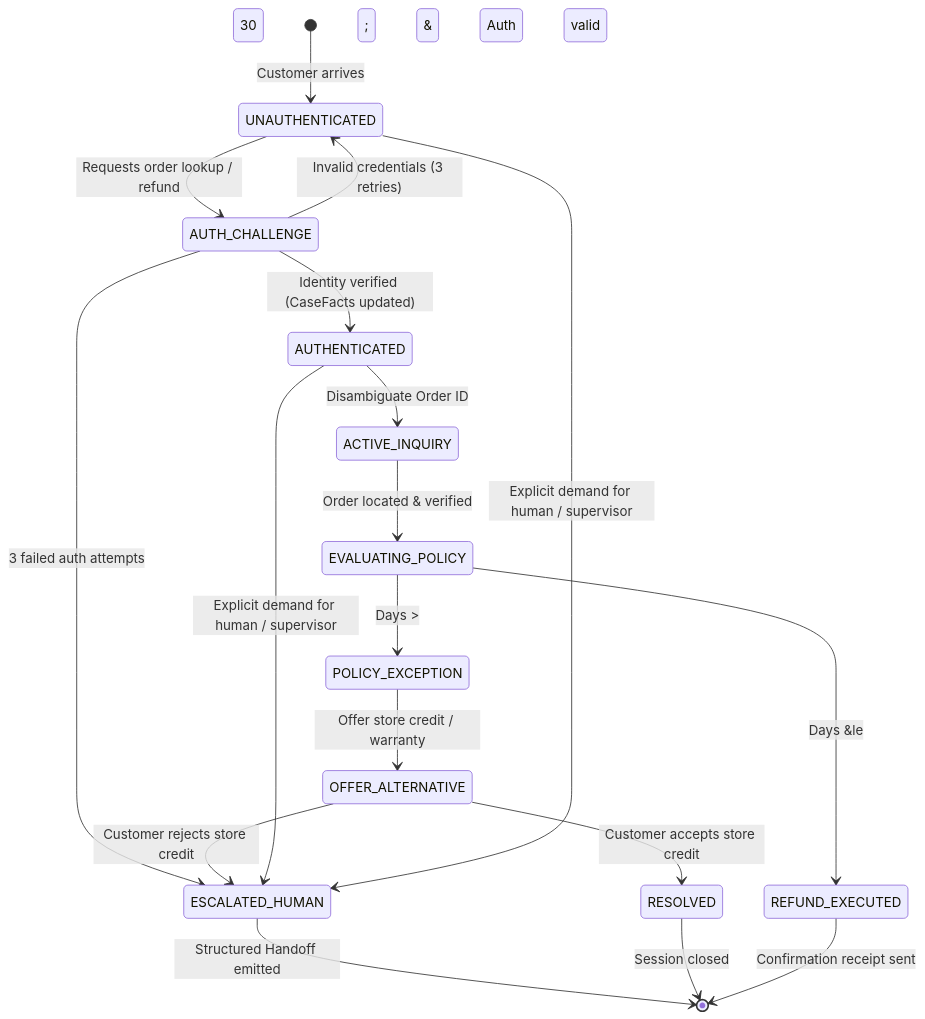
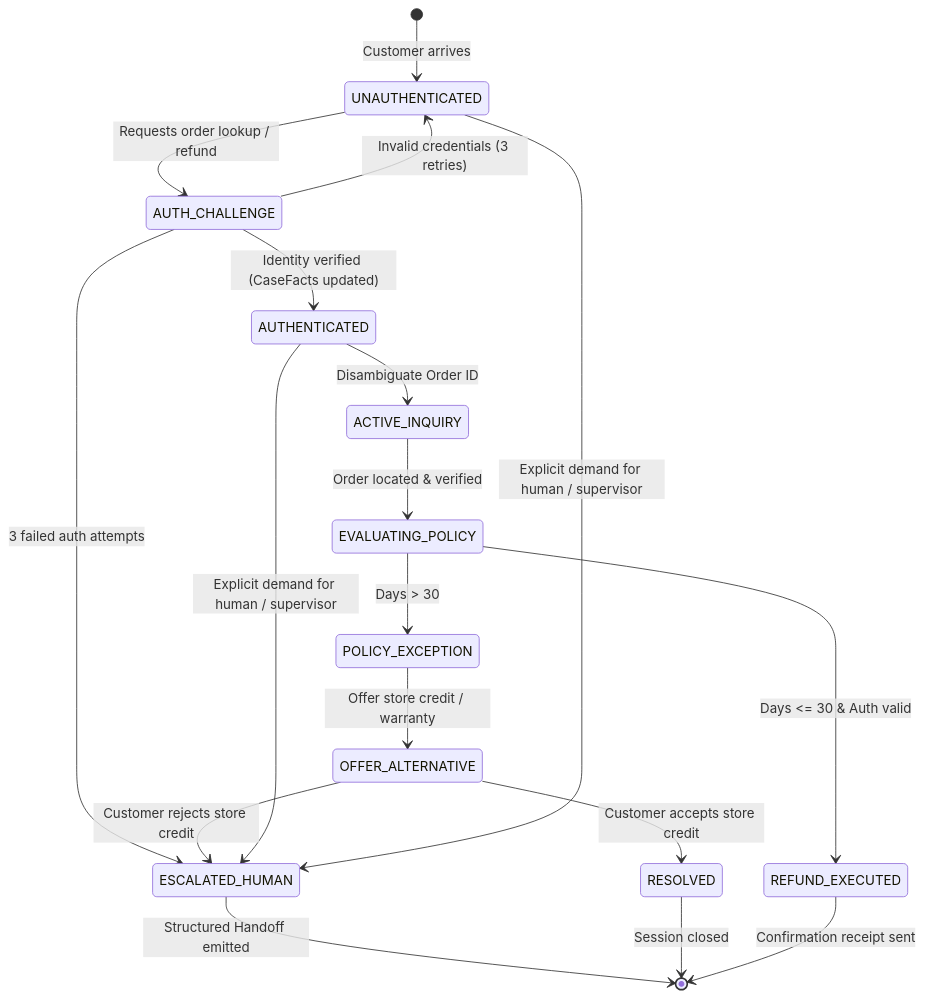
The third of 3 diagrams in scenarios/scenario_1_customer_support/SCENARIO_GUIDE.md (dip4k/claude_cert_architect_foundation_prep), drawn with Mermaid before and after one commit. The commit also changed other lines of this file and 31 other files, not shown here.

Commit message:
docs: standardize October 2026 Mermaid syntax, align Domain 5 to official 15% weight, and enrich Prompt Caching architecture

````diff
--- a/scenarios/scenario_1_customer_support/SCENARIO_GUIDE.md
+++ b/scenarios/scenario_1_customer_support/SCENARIO_GUIDE.md
@@ -298,25 +298,25 @@
 ```mermaid
 stateDiagram-v2
     [*] --> UNAUTHENTICATED: Customer arrives
     UNAUTHENTICATED --> AUTH_CHALLENGE: Requests order lookup / refund
     AUTH_CHALLENGE --> UNAUTHENTICATED: Invalid credentials (3 retries)
     AUTH_CHALLENGE --> ESCALATED_HUMAN: 3 failed auth attempts
     AUTH_CHALLENGE --> AUTHENTICATED: Identity verified (CaseFacts updated)
 
     AUTHENTICATED --> ACTIVE_INQUIRY: Disambiguate Order ID
     ACTIVE_INQUIRY --> EVALUATING_POLICY: Order located & verified
     
-    EVALUATING_POLICY --> REFUND_EXECUTED: Days &le; 30 & Auth valid
-    EVALUATING_POLICY --> POLICY_EXCEPTION: Days &gt; 30
+    EVALUATING_POLICY --> REFUND_EXECUTED: Days <= 30 & Auth valid
+    EVALUATING_POLICY --> POLICY_EXCEPTION: Days > 30
     
     POLICY_EXCEPTION --> OFFER_ALTERNATIVE: Offer store credit / warranty
     OFFER_ALTERNATIVE --> ESCALATED_HUMAN: Customer rejects store credit
     OFFER_ALTERNATIVE --> RESOLVED: Customer accepts store credit
 
     AUTHENTICATED --> ESCALATED_HUMAN: Explicit demand for human / supervisor
     UNAUTHENTICATED --> ESCALATED_HUMAN: Explicit demand for human / supervisor
     
     ESCALATED_HUMAN --> [*]: Structured Handoff emitted
     RESOLVED --> [*]: Session closed
     REFUND_EXECUTED --> [*]: Confirmation receipt sent
 ```
````
